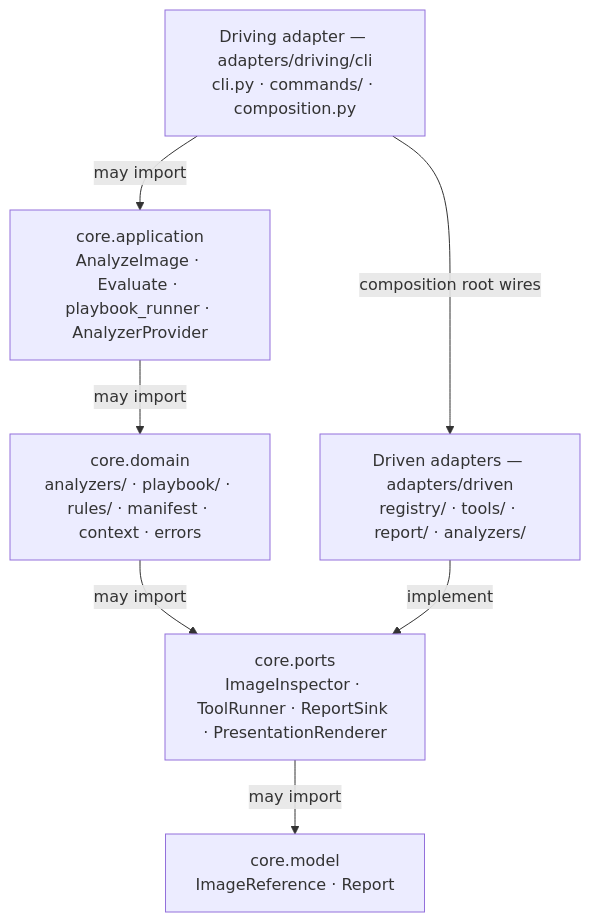
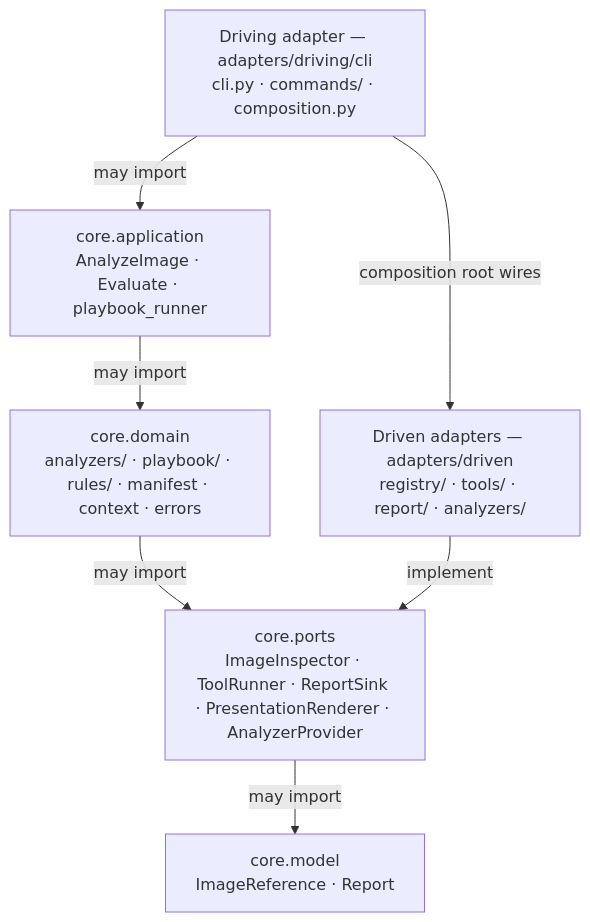
Before and after one commit to trivoallan/regis: the diagram in docs/memory-bank/systemPatterns.md, drawn with Mermaid. The commit also changed other lines of this file and 9 other files, not shown here.

First line of the commit message:
refactor(core): move AnalyzerProvider port to core.ports (#788)

````diff
--- a/docs/memory-bank/systemPatterns.md
+++ b/docs/memory-bank/systemPatterns.md
@@ -11,16 +11,16 @@
 ```mermaid
 flowchart TB
     CLI["Driving adapter — adapters/driving/cli<br/>cli.py · commands/ · composition.py"]
-    APP["core.application<br/>AnalyzeImage · Evaluate · playbook_runner · AnalyzerProvider"]
+    APP["core.application<br/>AnalyzeImage · Evaluate · playbook_runner"]
     DOM["core.domain<br/>analyzers/ · playbook/ · rules/ · manifest · context · errors"]
-    PORTS["core.ports<br/>ImageInspector · ToolRunner · ReportSink · PresentationRenderer"]
+    PORTS["core.ports<br/>ImageInspector · ToolRunner · ReportSink · PresentationRenderer · AnalyzerProvider"]
     MODEL["core.model<br/>ImageReference · Report"]
     DRIVEN["Driven adapters — adapters/driven<br/>registry/ · tools/ · report/ · analyzers/"]
 
     CLI -->|may import| APP
     APP -->|may import| DOM
     DOM -->|may import| PORTS
     PORTS -->|may import| MODEL
     DRIVEN -->|implement| PORTS
     CLI -->|composition root wires| DRIVEN
 ```
````
